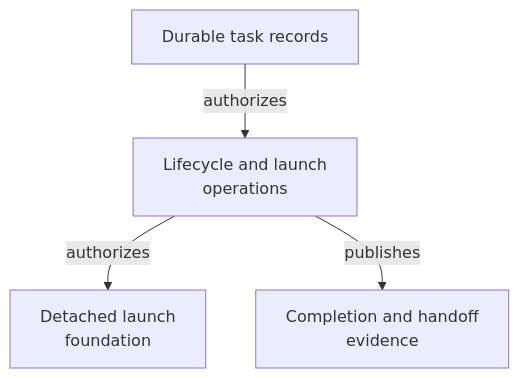
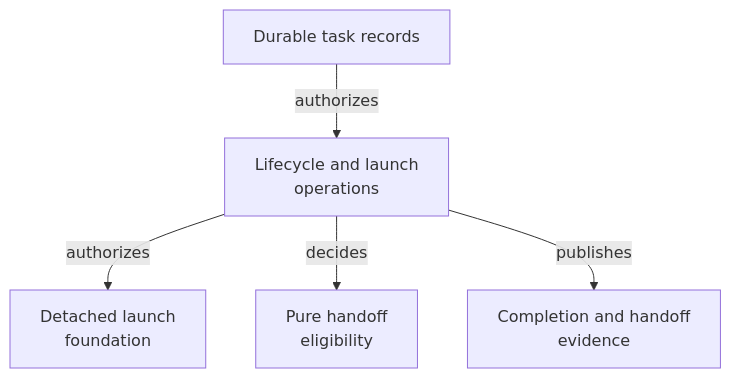
Before and after one commit to abstract-business-systems/as-is: the diagram in components/control-plane/as-is.md, drawn with Mermaid. The commit also changed other lines of this file and 7 other files, not shown here.

Commit message:
refactor(task-control): centralize handoff eligibility

````diff
--- a/components/control-plane/as-is.md
+++ b/components/control-plane/as-is.md
@@ -24,6 +32,7 @@
 ```mermaid
 flowchart TD
     A["Durable task records"] -->|authorizes| B["Lifecycle and launch<br/>operations"]
     B -->|authorizes| C["Detached launch<br/>foundation"]
-    B -->|publishes| D["Completion and handoff<br/>evidence"]
+    B -->|decides| D["Pure handoff<br/>eligibility"]
+    B -->|publishes| E["Completion and handoff<br/>evidence"]
 ```
````
